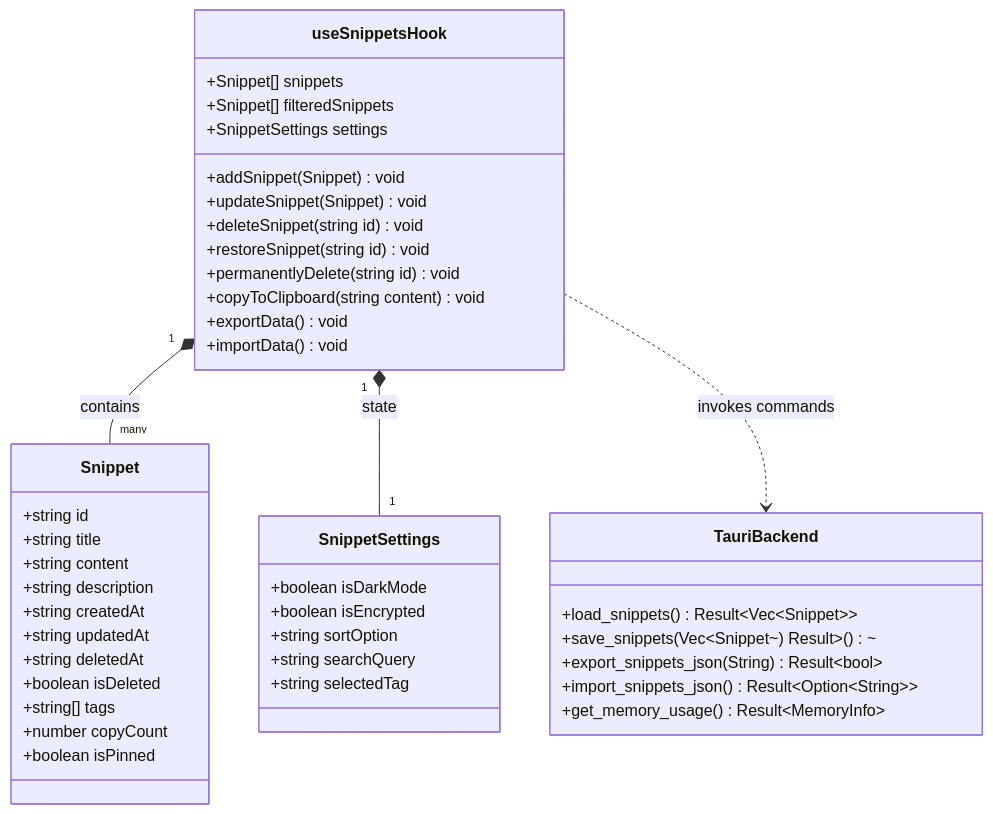
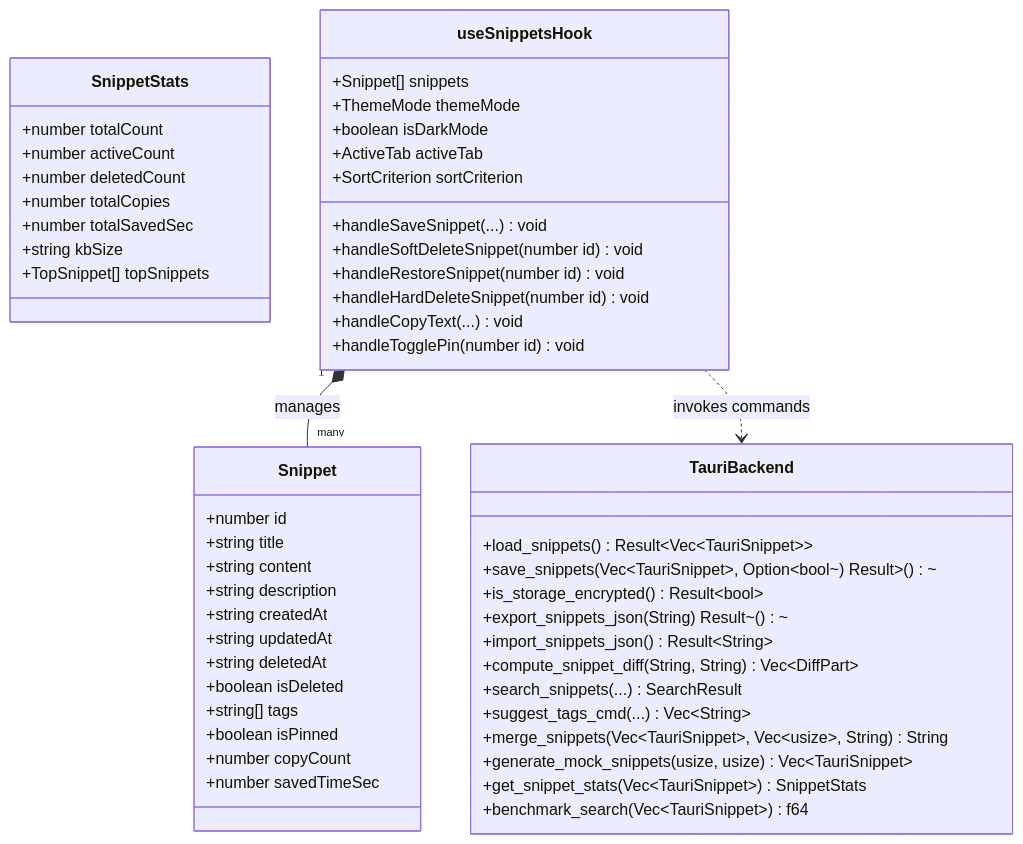
One commit to tkshnkgwr/SnippetFlow changed the third of 6 diagrams in docs/en/DIAGRAM.md. Above: the diagram before and after it, drawn with Mermaid. The commit also changed 22 other files, not shown here.

````diff
--- a/docs/en/DIAGRAM.md
+++ b/docs/en/DIAGRAM.md
@@ -84,50 +84,59 @@
 ```mermaid
 classDiagram
     class Snippet {
-        +string id
+        +number id
         +string title
         +string content
         +string description
         +string createdAt
         +string updatedAt
         +string deletedAt
         +boolean isDeleted
         +string[] tags
+        +boolean isPinned
         +number copyCount
-        +boolean isPinned
+        +number savedTimeSec
     }
 
-    class SnippetSettings {
-        +boolean isDarkMode
-        +boolean isEncrypted
-        +string sortOption
-        +string searchQuery
-        +string selectedTag
+    class SnippetStats {
+        +number totalCount
+        +number activeCount
+        +number deletedCount
+        +number totalCopies
+        +number totalSavedSec
+        +string kbSize
+        +TopSnippet[] topSnippets
     }
 
     class TauriBackend {
-        +load_snippets() Result~Vec~Snippet~~
-        +save_snippets(Vec~Snippet~) Result~()~
-        +export_snippets_json(String) Result~bool~
-        +import_snippets_json() Result~Option~String~~
-        +get_memory_usage() Result~MemoryInfo~
+        +load_snippets() Result~Vec~TauriSnippet~~
+        +save_snippets(Vec~TauriSnippet~, Option~bool~) Result~()~
+        +is_storage_encrypted() Result~bool~
+        +export_snippets_json(String) Result~()~
+        +import_snippets_json() Result~String~
+        +compute_snippet_diff(String, String) Vec~DiffPart~
+        +search_snippets(...) SearchResult
+        +suggest_tags_cmd(...) Vec~String~
+        +merge_snippets(Vec~TauriSnippet~, Vec~usize~, String) String
+        +generate_mock_snippets(usize, usize) Vec~TauriSnippet~
+        +get_snippet_stats(Vec~TauriSnippet~) SnippetStats
+        +benchmark_search(Vec~TauriSnippet~) f64
     }
 
     class useSnippetsHook {
         +Snippet[] snippets
-        +Snippet[] filteredSnippets
-        +SnippetSettings settings
-        +addSnippet(Snippet) void
-        +updateSnippet(Snippet) void
-        +deleteSnippet(string id) void
-        +restoreSnippet(string id) void
-        +permanentlyDelete(string id) void
-        +copyToClipboard(string content) void
-        +exportData() void
-        +importData() void
+        +ThemeMode themeMode
+        +boolean isDarkMode
+        +ActiveTab activeTab
+        +SortCriterion sortCriterion
+        +handleSaveSnippet(...) void
+        +handleSoftDeleteSnippet(number id) void
+        +handleRestoreSnippet(number id) void
+        +handleHardDeleteSnippet(number id) void
+        +handleCopyText(...) void
+        +handleTogglePin(number id) void
     }
 
-    useSnippetsHook "1" *-- "many" Snippet : contains
-    useSnippetsHook "1" *-- "1" SnippetSettings : state
+    useSnippetsHook "1" *-- "many" Snippet : manages
     useSnippetsHook ..> TauriBackend : invokes commands
 ```
````
